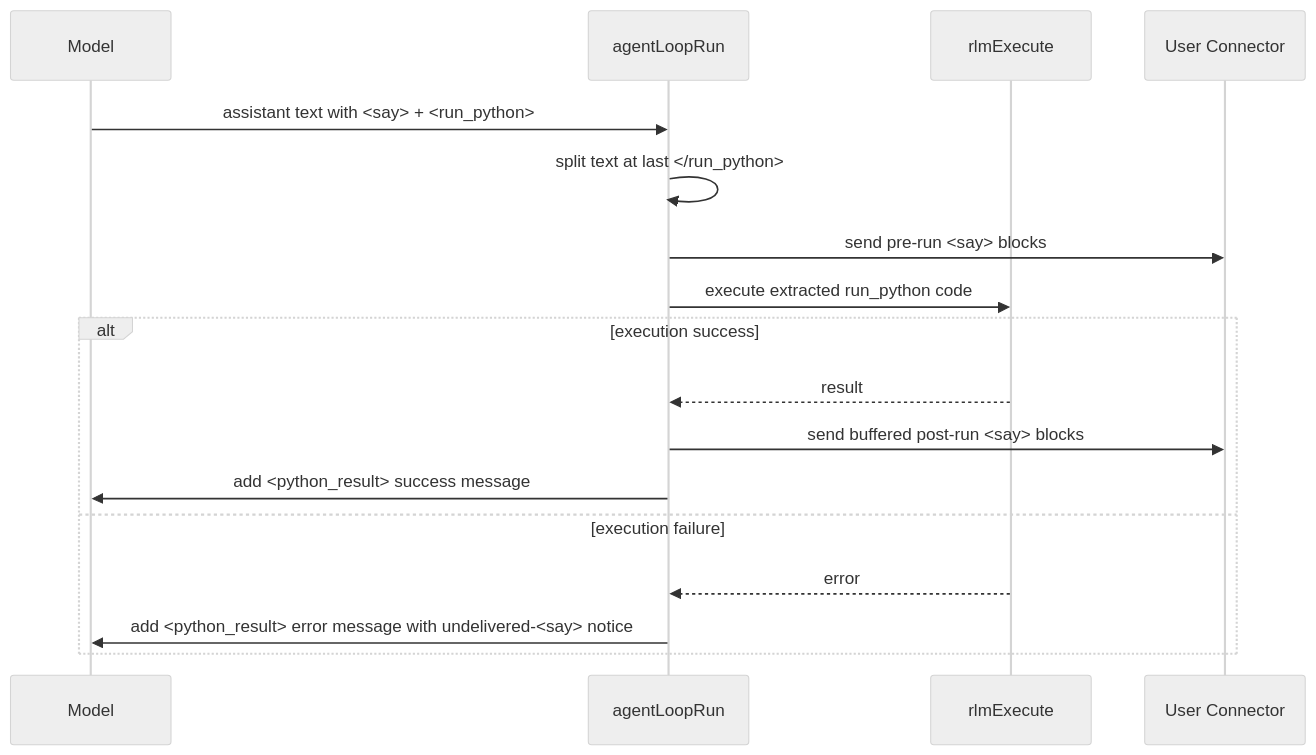
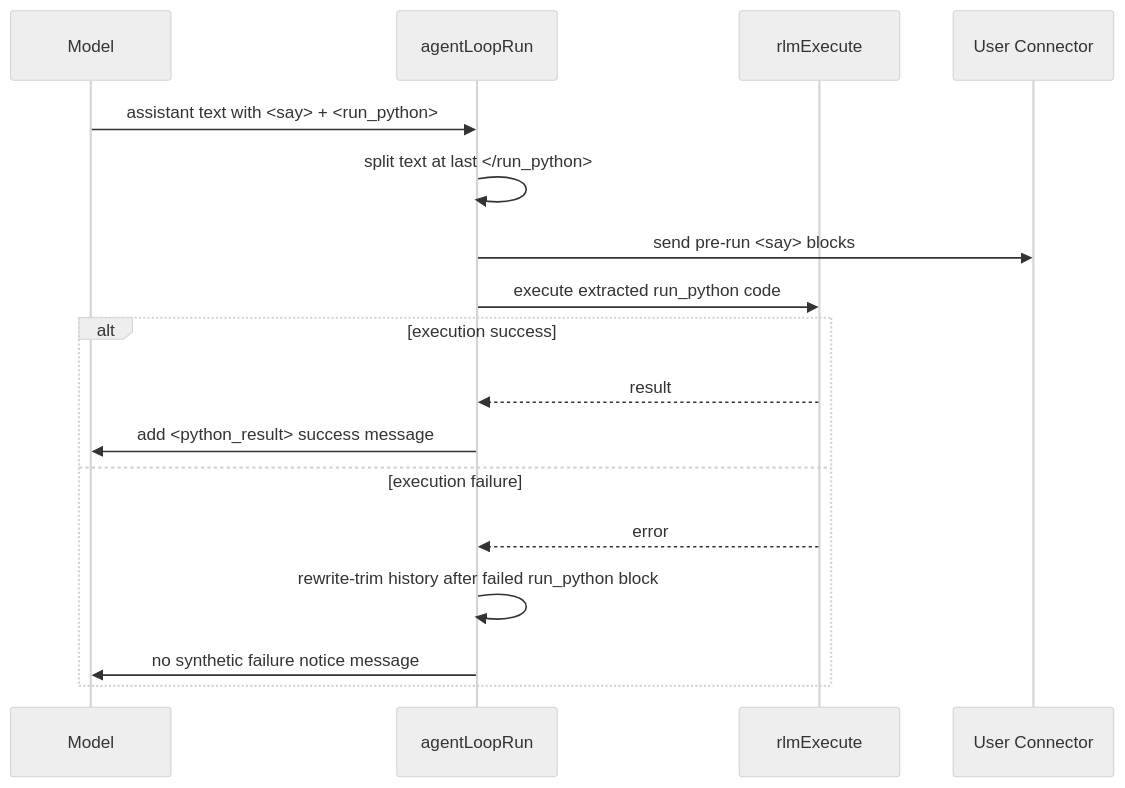
The diagram in doc/internals/rlm-say-run-python-flow.md (ex3ndr-bot/daycare), drawn with Mermaid (neutral theme) before and after one commit. The commit also changed other lines of this file and 7 other files, not shown here.

Commit message:
fix(rlm): suppress trimmed say and failure notices

````diff
--- a/doc/internals/rlm-say-run-python-flow.md
+++ b/doc/internals/rlm-say-run-python-flow.md
@@ -14,20 +14,20 @@
 ```mermaid
 sequenceDiagram
   participant M as Model
   participant L as agentLoopRun
   participant P as rlmExecute
   participant U as User Connector
 
   M->>L: assistant text with <say> + <run_python>
   L->>L: split text at last </run_python>
   L->>U: send pre-run <say> blocks
   L->>P: execute extracted run_python code
   alt execution success
     P-->>L: result
-    L->>U: send buffered post-run <say> blocks
     L->>M: add <python_result> success message
   else execution failure
     P-->>L: error
-    L->>M: add <python_result> error message with undelivered-<say> notice
+    L->>L: rewrite-trim history after failed run_python block
+    L->>M: no synthetic failure notice message
   end
 ```
````
